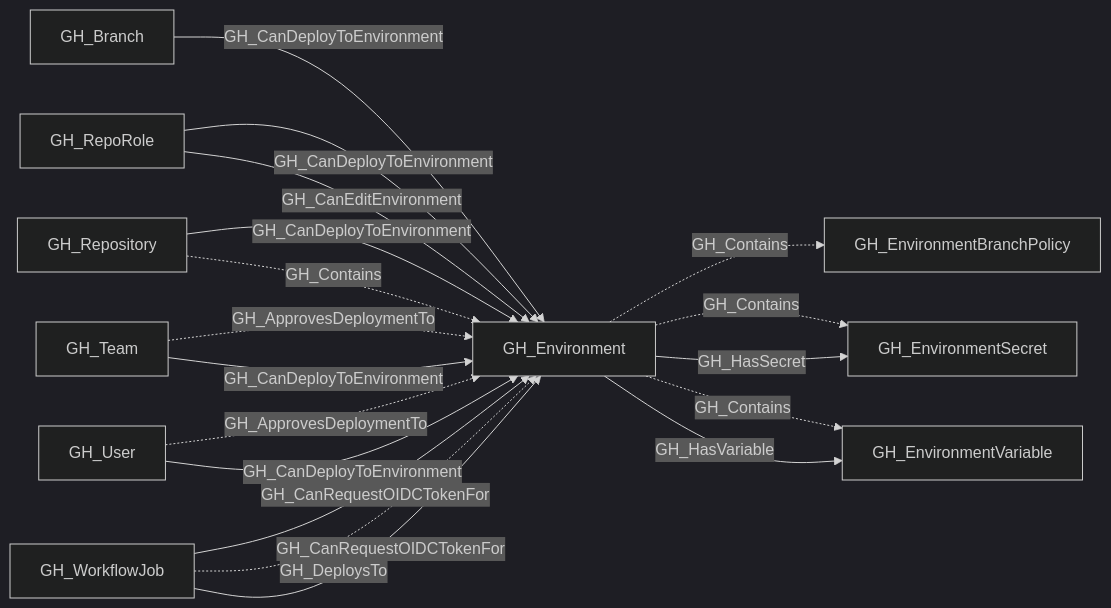
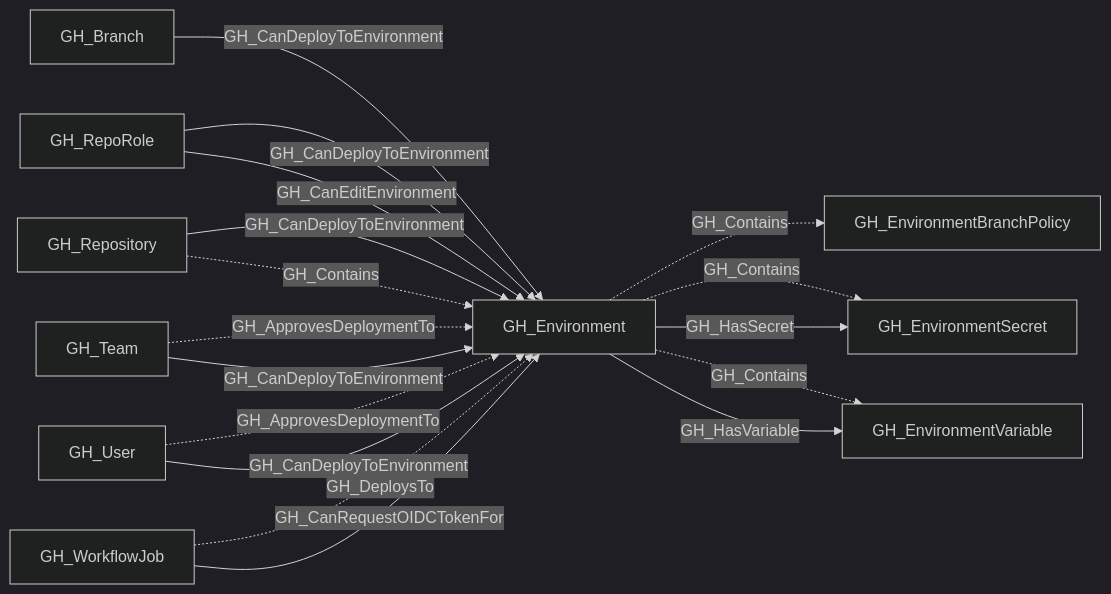
Before and after one commit to SpecterOps/openhound-github: the diagram in descriptions/nodes/GH_Environment.md, drawn with Mermaid (dark theme). The commit also changed 7 other files, not shown here.

````diff
--- a/descriptions/nodes/GH_Environment.md
+++ b/descriptions/nodes/GH_Environment.md
@@ -35,30 +35,29 @@
 ```mermaid
 graph LR
     n0["GH_Branch"]
     n1["GH_Environment"]
     n2["GH_EnvironmentBranchPolicy"]
     n3["GH_EnvironmentSecret"]
     n4["GH_EnvironmentVariable"]
     n5["GH_RepoRole"]
     n6["GH_Repository"]
     n7["GH_Team"]
     n8["GH_User"]
     n9["GH_WorkflowJob"]
     n0 -->|GH_CanDeployToEnvironment| n1
     n1 -.->|GH_Contains| n2
     n1 -.->|GH_Contains| n3
     n1 -->|GH_HasSecret| n3
     n1 -.->|GH_Contains| n4
     n1 -->|GH_HasVariable| n4
     n5 -->|GH_CanDeployToEnvironment| n1
     n5 -->|GH_CanEditEnvironment| n1
     n6 -->|GH_CanDeployToEnvironment| n1
     n6 -.->|GH_Contains| n1
     n7 -.->|GH_ApprovesDeploymentTo| n1
     n7 -->|GH_CanDeployToEnvironment| n1
     n8 -.->|GH_ApprovesDeploymentTo| n1
     n8 -->|GH_CanDeployToEnvironment| n1
-    n9 -->|GH_CanRequestOIDCTokenFor| n1
     n9 -.->|GH_DeploysTo| n1
     n9 -->|GH_CanRequestOIDCTokenFor| n1
 ```
````
